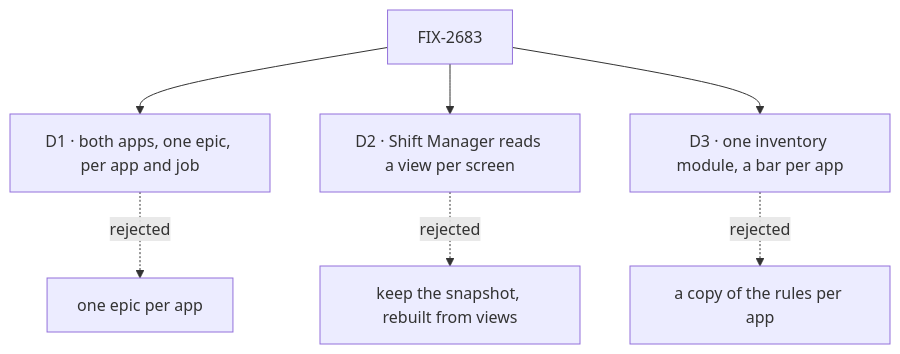
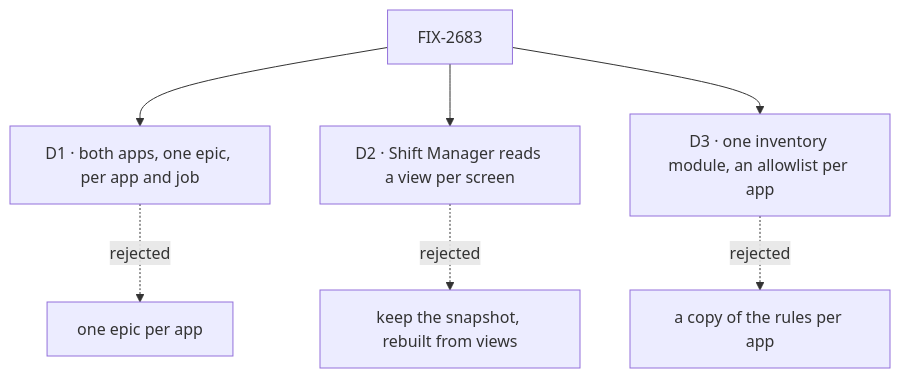
Before and after one commit to fixpoint-labs/flow-state-dev: the diagram in specs/epics/FIX-2683/DECISIONS.md, drawn with Mermaid. The commit also changed other lines of this file and 5 other files, not shown here.

````diff
--- a/specs/epics/FIX-2683/DECISIONS.md
+++ b/specs/epics/FIX-2683/DECISIONS.md
@@ -11,9 +11,9 @@
 ```mermaid
 flowchart TD
   E["FIX-2683"] --> D1["D1 · both apps, one epic, per app and job"]
   D1 -.->|"rejected"| X1["one epic per app"]
   E --> D2["D2 · Shift Manager reads a view per screen"]
   D2 -.->|"rejected"| X2["keep the snapshot, rebuilt from views"]
-  E --> D3["D3 · one inventory module, a bar per app"]
+  E --> D3["D3 · one inventory module, an allowlist per app"]
   D3 -.->|"rejected"| X3["a copy of the rules per app"]
 ```
````
